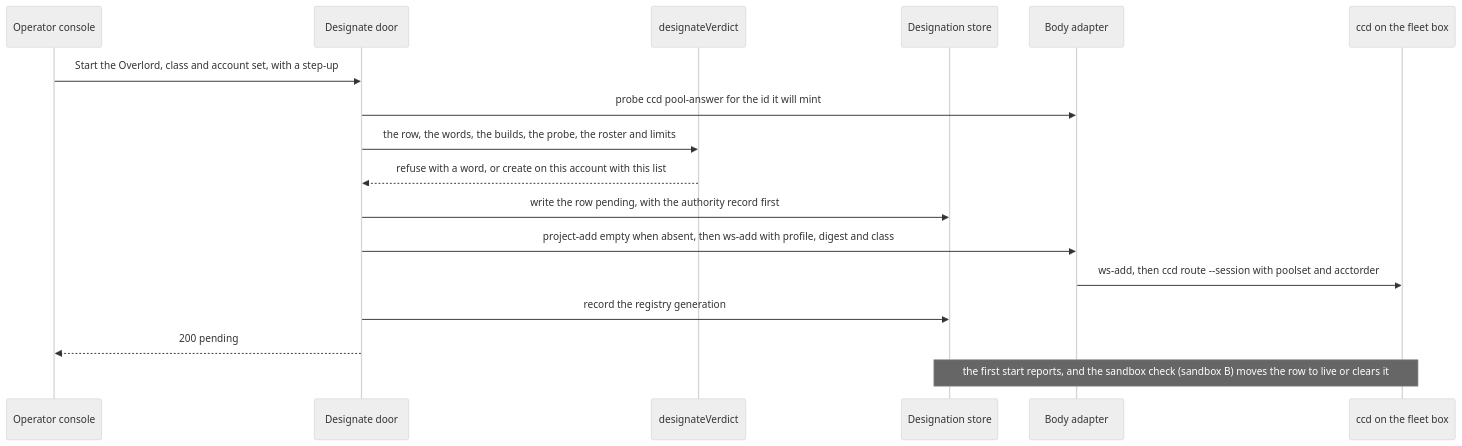
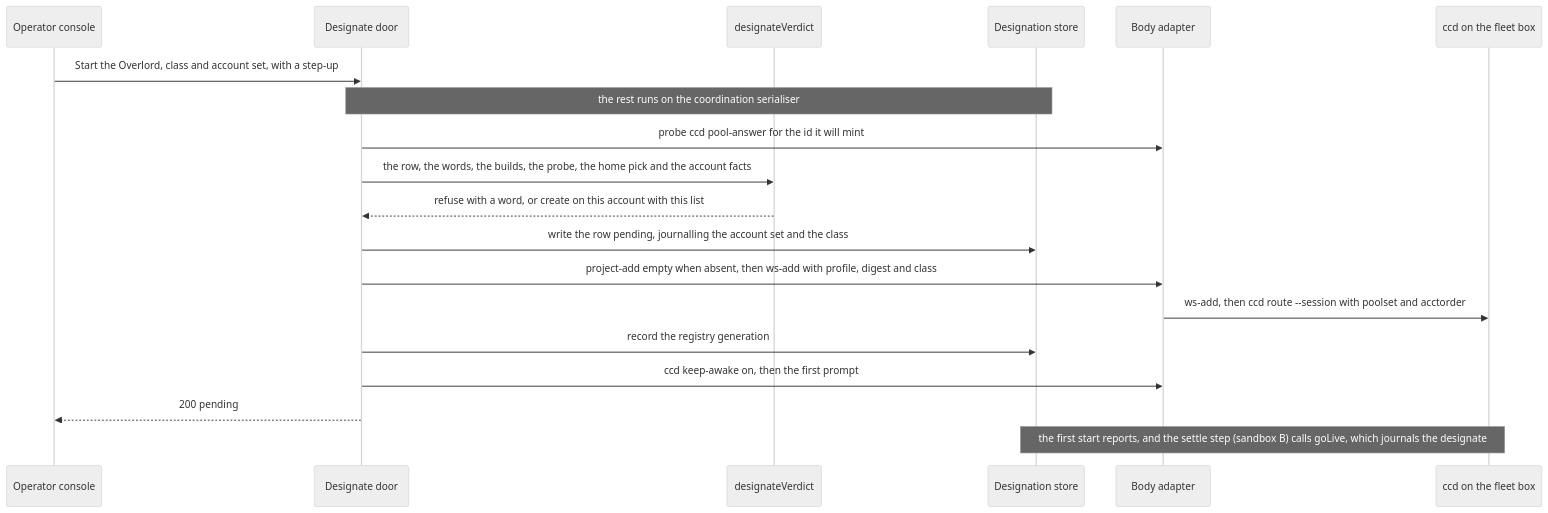
The first of 2 diagrams in docs/superpowers/plans/2026-11-14-overlord-w1/w1-designation.md (Synapsium-Labs/ccrc-pwa), drawn with Mermaid (neutral theme) before and after one commit. The commit also changed other lines of this file, not shown here.

````diff
--- a/docs/superpowers/plans/2026-11-14-overlord-w1/w1-designation.md
+++ b/docs/superpowers/plans/2026-11-14-overlord-w1/w1-designation.md
@@ -59,19 +69,21 @@
 ```mermaid
 sequenceDiagram
   participant O as Operator console
   participant D as Designate door
   participant V as designateVerdict
   participant S as Designation store
   participant B as Body adapter
   participant C as ccd on the fleet box
   O->>D: Start the Overlord, class and account set, with a step-up
+  Note over D,S: the rest runs on the coordination serialiser
   D->>B: probe ccd pool-answer for the id it will mint
-  D->>V: the row, the words, the builds, the probe, the roster and limits
+  D->>V: the row, the words, the builds, the probe, the home pick and the account facts
   V-->>D: refuse with a word, or create on this account with this list
-  D->>S: write the row pending, with the authority record first
+  D->>S: write the row pending, journalling the account set and the class
   D->>B: project-add empty when absent, then ws-add with profile, digest and class
   B->>C: ws-add, then ccd route --session with poolset and acctorder
   D->>S: record the registry generation
+  D->>B: ccd keep-awake on, then the first prompt
   D-->>O: 200 pending
-  Note over C,S: the first start reports, and the sandbox check (sandbox B) moves the row to live or clears it
+  Note over C,S: the first start reports, and the settle step (sandbox B) calls goLive, which journals the designate
 ```
````
